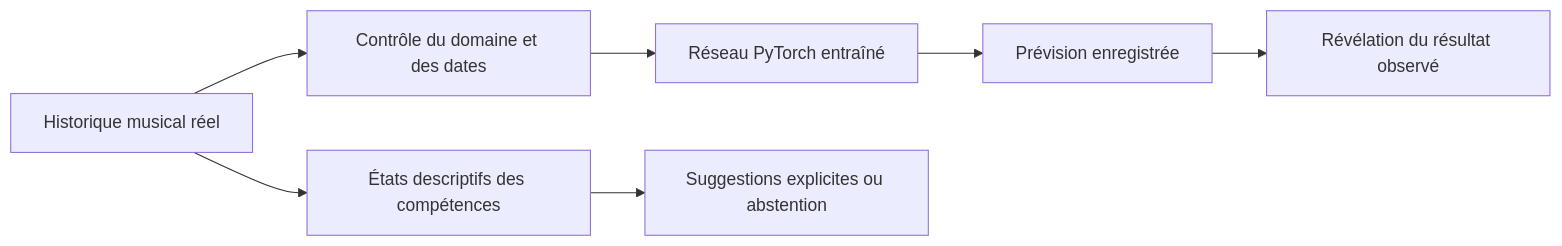
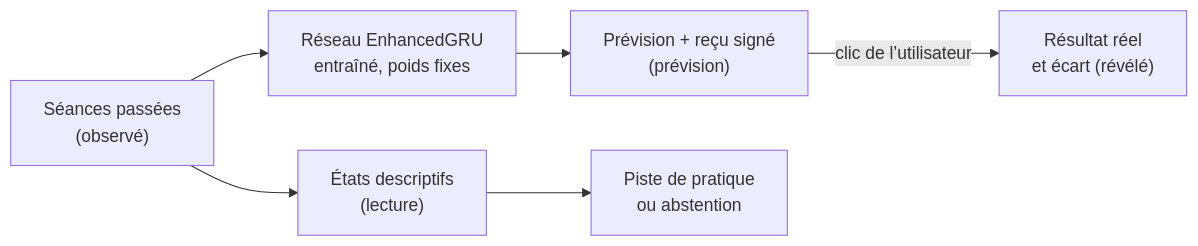
One commit to MoallaMelek/Declics-Knowledge-Tracing-for-Learner-Progress-and-Skill-Prediction. changed the first of 2 diagrams in README.md. Above: the diagram before and after it, drawn with Mermaid. The commit also changed other lines of this file and 4 other files, not shown here.

````diff
--- a/README.md
+++ b/README.md
@@ -34,9 +154,8 @@
 ```mermaid
 flowchart LR
-    A[Historique musical réel] --> B[Contrôle du domaine et des dates]
-    B --> C[Réseau PyTorch entraîné]
-    C --> D[Prévision enregistrée]
-    D --> E[Révélation du résultat observé]
-    A --> F[États descriptifs des compétences]
-    F --> G[Suggestions explicites ou abstention]
+    A["Séances passées<br/>(observé)"] --> B["États descriptifs<br/>(lecture)"]
+    A --> C["Réseau EnhancedGRU<br/>entraîné, poids fixes"]
+    C --> D["Prévision + reçu signé<br/>(prévision)"]
+    D -- "clic de l’utilisateur" --> E["Résultat réel<br/>et écart (révélé)"]
+    B --> F["Piste de pratique<br/>ou abstention"]
 ```
````
